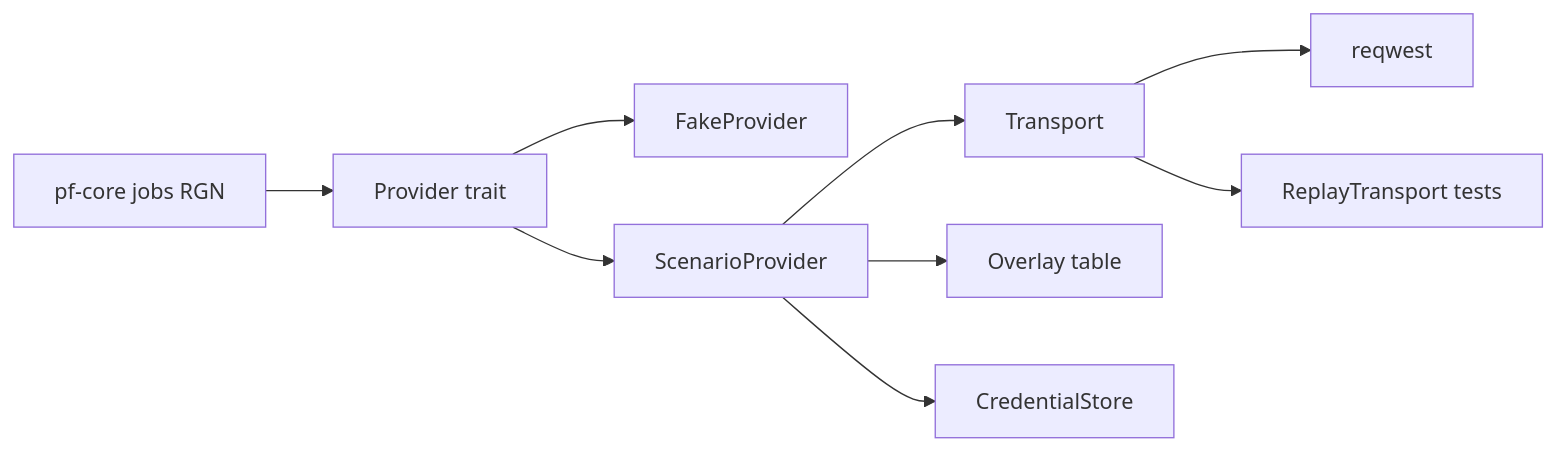
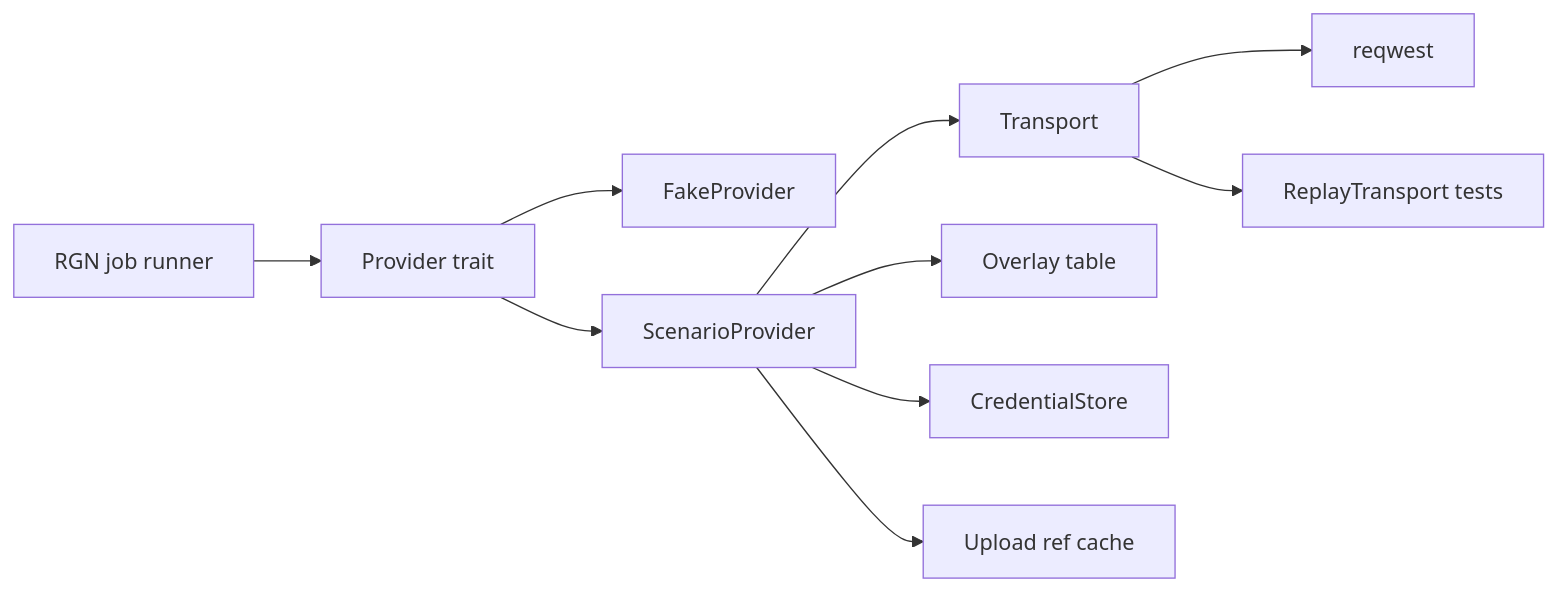
One commit to szymonbalasz/pocket-forge changed the diagram in docs/specs/provider.md. Above: the diagram before and after it, drawn with Mermaid. The commit also changed other lines of this file, not shown here.

Commit message:
Spec provider (PRV) revision: R1 polarity + soft rules, R2 provider{} shape, R4/R8/R14/R15/R17/R20/R21, full normaliser (#37), OQs closed, appendices (R26)

````diff
--- a/docs/specs/provider.md
+++ b/docs/specs/provider.md
@@ -99,9 +101,6 @@
 ```mermaid
 graph LR
-  RGN[pf-core jobs RGN] --> T[Provider trait]
-  T --> F[FakeProvider]
-  T --> S[ScenarioProvider] --> X[Transport]
-  X --> H[reqwest]
-  X --> R[ReplayTransport tests]
-  S --> O[Overlay table] & C[CredentialStore]
+  RGN[RGN job runner] --> T[Provider trait] --> F[FakeProvider]
+  T --> S[ScenarioProvider] --> X[Transport] --> H[reqwest] & R[ReplayTransport tests]
+  S --> O[Overlay table] & C[CredentialStore] & U[Upload ref cache]
 ```
````
